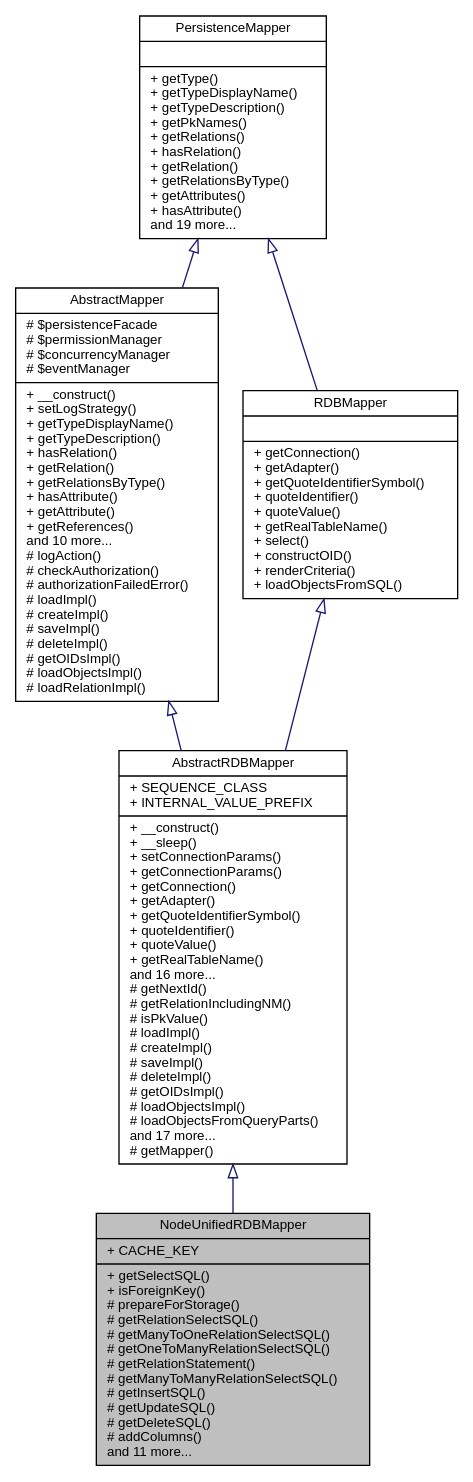
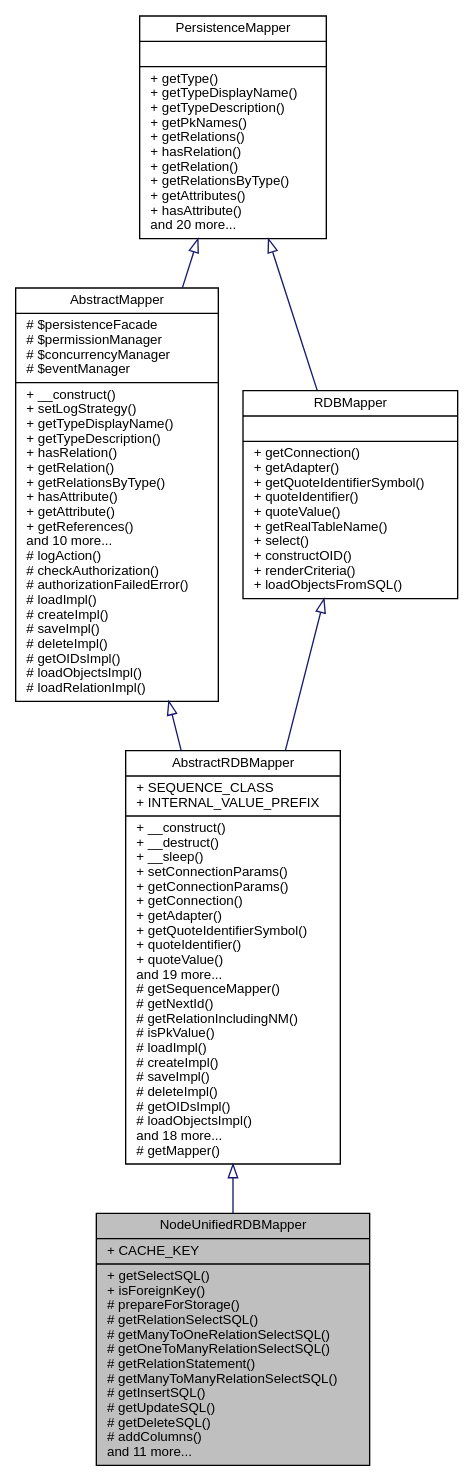
The diagram in classwcmf_1_1lib_1_1model_1_1mapper_1_1impl_1_1_node_unified_r_d_b_mapper__inherit__graph.dot (eherwig/wcmf), drawn with Graphviz before and after one commit. The commit also changed 1044 other files, not shown here.

```diff
--- a/classwcmf_1_1lib_1_1model_1_1mapper_1_1impl_1_1_node_unified_r_d_b_mapper__inherit__graph.dot
+++ b/classwcmf_1_1lib_1_1model_1_1mapper_1_1impl_1_1_node_unified_r_d_b_mapper__inherit__graph.dot
@@ -1,15 +1,15 @@
 digraph "NodeUnifiedRDBMapper"
 {
   edge [fontname="Helvetica",fontsize="10",labelfontname="Helvetica",labelfontsize="10"];
   node [fontname="Helvetica",fontsize="10",shape=record];
   Node0 [label="{NodeUnifiedRDBMapper\n|+ CACHE_KEY\l|+ getSelectSQL()\l+ isForeignKey()\l# prepareForStorage()\l# getRelationSelectSQL()\l# getManyToOneRelationSelectSQL()\l# getOneToManyRelationSelectSQL()\l# getRelationStatement()\l# getManyToManyRelationSelectSQL()\l# getInsertSQL()\l# getUpdateSQL()\l# getDeleteSQL()\l# addColumns()\land 11 more...\l}",height=0.2,width=0.4,color="black", fillcolor="grey75", style="filled", fontcolor="black"];
   Node1 -> Node0 [dir="back",color="midnightblue",fontsize="10",style="solid",arrowtail="onormal",fontname="Helvetica"];
-  Node1 [label="{AbstractRDBMapper\n|+ SEQUENCE_CLASS\l+ INTERNAL_VALUE_PREFIX\l|+ __construct()\l+ __sleep()\l+ setConnectionParams()\l+ getConnectionParams()\l+ getConnection()\l+ getAdapter()\l+ getQuoteIdentifierSymbol()\l+ quoteIdentifier()\l+ quoteValue()\l+ getRealTableName()\land 16 more...\l# getNextId()\l# getRelationIncludingNM()\l# isPkValue()\l# loadImpl()\l# createImpl()\l# saveImpl()\l# deleteImpl()\l# getOIDsImpl()\l# loadObjectsImpl()\l# loadObjectsFromQueryParts()\land 17 more...\l# getMapper()\l}",height=0.2,width=0.4,color="black", fillcolor="white", style="filled",URL="$classwcmf_1_1lib_1_1model_1_1mapper_1_1impl_1_1_abstract_r_d_b_mapper.html",tooltip="AbstractRDBMapper maps objects of one type to a relational database schema. "];
+  Node1 [label="{AbstractRDBMapper\n|+ SEQUENCE_CLASS\l+ INTERNAL_VALUE_PREFIX\l|+ __construct()\l+ __destruct()\l+ __sleep()\l+ setConnectionParams()\l+ getConnectionParams()\l+ getConnection()\l+ getAdapter()\l+ getQuoteIdentifierSymbol()\l+ quoteIdentifier()\l+ quoteValue()\land 19 more...\l# getSequenceMapper()\l# getNextId()\l# getRelationIncludingNM()\l# isPkValue()\l# loadImpl()\l# createImpl()\l# saveImpl()\l# deleteImpl()\l# getOIDsImpl()\l# loadObjectsImpl()\land 18 more...\l# getMapper()\l}",height=0.2,width=0.4,color="black", fillcolor="white", style="filled",URL="$classwcmf_1_1lib_1_1model_1_1mapper_1_1impl_1_1_abstract_r_d_b_mapper.html",tooltip="AbstractRDBMapper maps objects of one type to a relational database schema. "];
   Node2 -> Node1 [dir="back",color="midnightblue",fontsize="10",style="solid",arrowtail="onormal",fontname="Helvetica"];
   Node2 [label="{AbstractMapper\n|# $persistenceFacade\l# $permissionManager\l# $concurrencyManager\l# $eventManager\l|+ __construct()\l+ setLogStrategy()\l+ getTypeDisplayName()\l+ getTypeDescription()\l+ hasRelation()\l+ getRelation()\l+ getRelationsByType()\l+ hasAttribute()\l+ getAttribute()\l+ getReferences()\land 10 more...\l# logAction()\l# checkAuthorization()\l# authorizationFailedError()\l# loadImpl()\l# createImpl()\l# saveImpl()\l# deleteImpl()\l# getOIDsImpl()\l# loadObjectsImpl()\l# loadRelationImpl()\l}",height=0.2,width=0.4,color="black", fillcolor="white", style="filled",URL="$classwcmf_1_1lib_1_1persistence_1_1impl_1_1_abstract_mapper.html",tooltip="AbstractMapper provides a basic implementation for other mapper classes. "];
   Node3 -> Node2 [dir="back",color="midnightblue",fontsize="10",style="solid",arrowtail="onormal",fontname="Helvetica"];
-  Node3 [label="{PersistenceMapper\n||+ getType()\l+ getTypeDisplayName()\l+ getTypeDescription()\l+ getPkNames()\l+ getRelations()\l+ hasRelation()\l+ getRelation()\l+ getRelationsByType()\l+ getAttributes()\l+ hasAttribute()\land 19 more...\l}",height=0.2,width=0.4,color="black", fillcolor="white", style="filled",URL="$interfacewcmf_1_1lib_1_1persistence_1_1_persistence_mapper.html",tooltip="PersistenceMapper defines the interface for all mapper classes. "];
+  Node3 [label="{PersistenceMapper\n||+ getType()\l+ getTypeDisplayName()\l+ getTypeDescription()\l+ getPkNames()\l+ getRelations()\l+ hasRelation()\l+ getRelation()\l+ getRelationsByType()\l+ getAttributes()\l+ hasAttribute()\land 20 more...\l}",height=0.2,width=0.4,color="black", fillcolor="white", style="filled",URL="$interfacewcmf_1_1lib_1_1persistence_1_1_persistence_mapper.html",tooltip="PersistenceMapper defines the interface for all mapper classes. "];
   Node4 -> Node1 [dir="back",color="midnightblue",fontsize="10",style="solid",arrowtail="onormal",fontname="Helvetica"];
   Node4 [label="{RDBMapper\n||+ getConnection()\l+ getAdapter()\l+ getQuoteIdentifierSymbol()\l+ quoteIdentifier()\l+ quoteValue()\l+ getRealTableName()\l+ select()\l+ constructOID()\l+ renderCriteria()\l+ loadObjectsFromSQL()\l}",height=0.2,width=0.4,color="black", fillcolor="white", style="filled",URL="$interfacewcmf_1_1lib_1_1model_1_1mapper_1_1_r_d_b_mapper.html",tooltip="RDBMapper defines the interface for mapper classes that map to relational databases. "];
   Node3 -> Node4 [dir="back",color="midnightblue",fontsize="10",style="solid",arrowtail="onormal",fontname="Helvetica"];
 }
```
